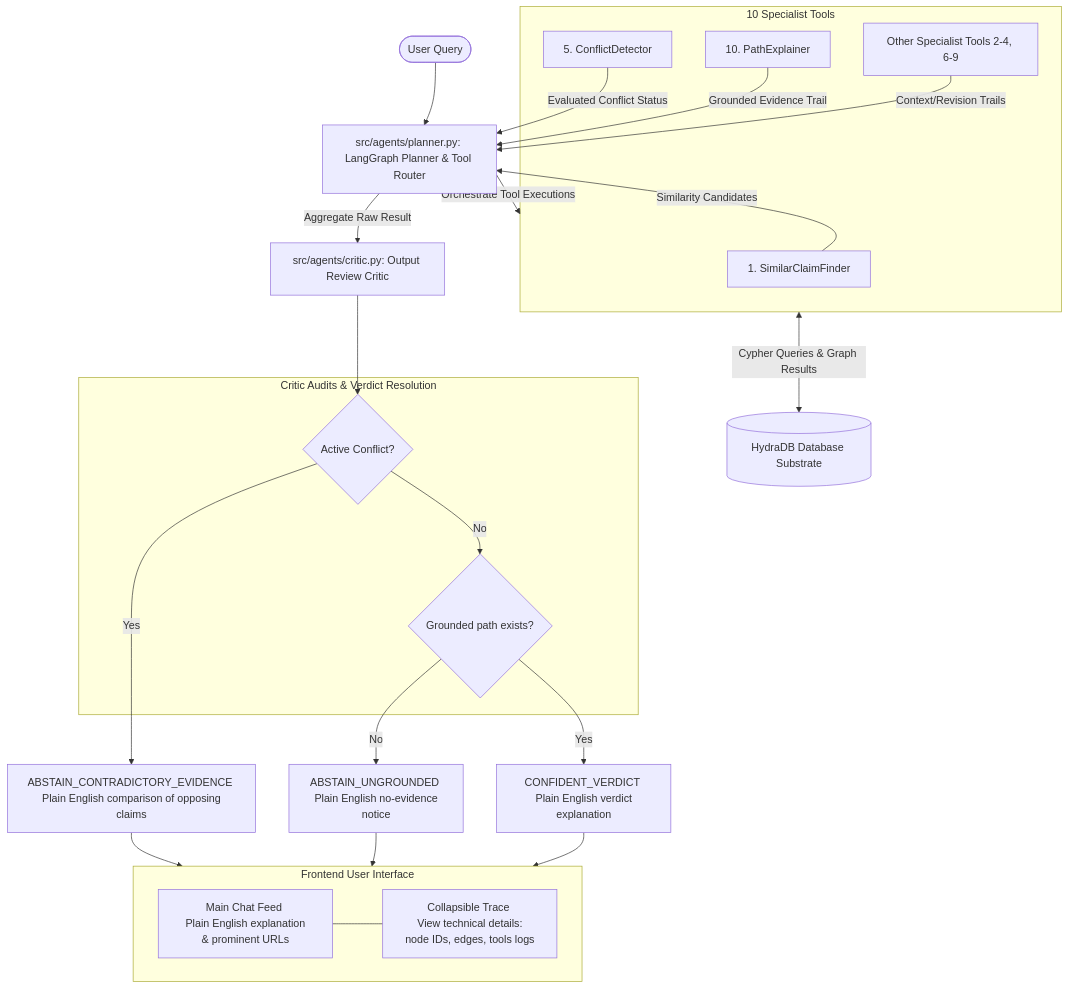
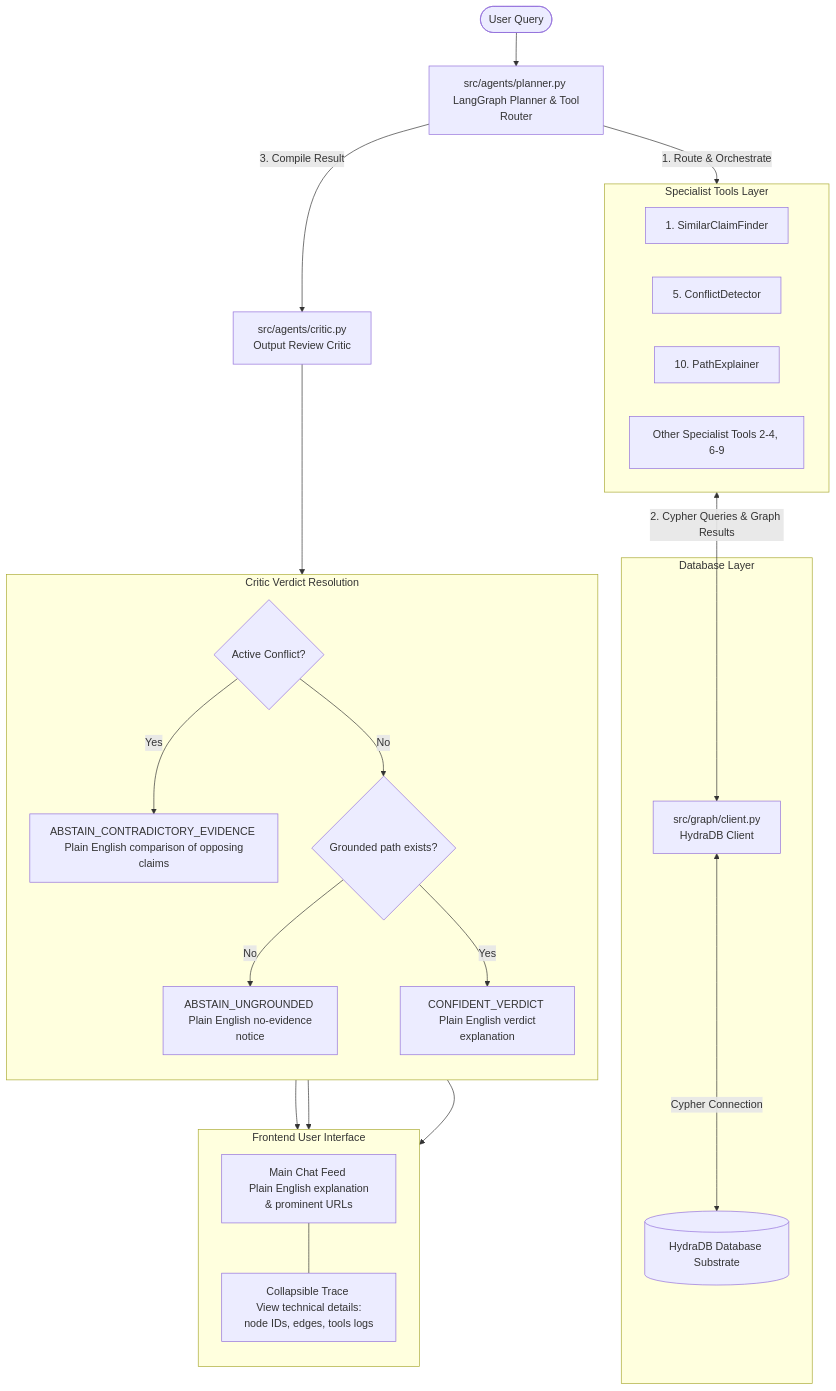
One commit to Ultraviolet01/Framelink changed the diagram in README.md. Above: the diagram before and after it, drawn with Mermaid.

Commit message:
docs: improve layout flow in system architecture diagram

````diff
--- a/README.md
+++ b/README.md
@@ -95,47 +95,52 @@
 ```mermaid
 flowchart TD
-    User([User Query]) --> Planner[src/agents/planner.py: LangGraph Planner & Tool Router]
+    %% Main Flow
+    User([User Query]) --> Planner[src/agents/planner.py <br> LangGraph Planner & Tool Router]
     
-    subgraph Specialists [10 Specialist Tools]
+    %% Planner routes to Specialists
+    subgraph Specialists [Specialist Tools Layer]
+        direction LR
         SCF[1. SimilarClaimFinder]
         CD[5. ConflictDetector]
         PE[10. PathExplainer]
-        OtherTools[Other Specialist Tools 2-4, 6-9]
+        Other[Other Specialist Tools 2-4, 6-9]
     end
-
-    Planner -->|Orchestrate Tool Executions| Specialists
+    Planner -->|1. Route & Orchestrate| Specialists
     
-    %% Bidirectional querying to HydraDB Database
-    Specialists <-->|Cypher Queries & Graph Results| Graph[(HydraDB Database Substrate)]
+    %% Specialists query database
+    subgraph DB [Database Layer]
+        Client[src/graph/client.py <br> HydraDB Client]
+        Substrate[(HydraDB Database Substrate)]
+        Client <-->|Cypher Connection| Substrate
+    end
+    Specialists <-->|2. Cypher Queries & Graph Results| Client
     
-    %% Return structured evaluations back to Planner
-    SCF -->|Similarity Candidates| Planner
-    CD -->|Evaluated Conflict Status| Planner
-    PE -->|Grounded Evidence Trail| Planner
-    OtherTools -->|Context/Revision Trails| Planner
+    %% Results returned to Planner for Critic
+    Planner -->|3. Compile Result| Critic[src/agents/critic.py <br> Output Review Critic]
     
-    Planner -->|Aggregate Raw Result| Critic[src/agents/critic.py: Output Review Critic]
-    
-    subgraph CriticAudits [Critic Audits & Verdict Resolution]
+    %% Critic evaluates and overrides
+    subgraph CriticAudits [Critic Verdict Resolution]
+        direction TB
         ConflictCheck{Active Conflict?}
         GroundingCheck{Grounded path exists?}
+        
+        ConflictCheck -->|Yes| ForcedAbstain[ABSTAIN_CONTRADICTORY_EVIDENCE <br> Plain English comparison of opposing claims]
+        ConflictCheck -->|No| GroundingCheck
+        
+        GroundingCheck -->|No| LowConfidence[ABSTAIN_UNGROUNDED <br> Plain English no-evidence notice]
+        GroundingCheck -->|Yes| ConfidentVerdict[CONFIDENT_VERDICT <br> Plain English verdict explanation]
     end
+    Critic --> CriticAudits
     
-    Critic --> ConflictCheck
-    ConflictCheck -->|Yes| ForcedAbstain[ABSTAIN_CONTRADICTORY_EVIDENCE <br> Plain English comparison of opposing claims]
-    ConflictCheck -->|No| GroundingCheck
-    
-    GroundingCheck -->|No| LowConfidence[ABSTAIN_UNGROUNDED <br> Plain English no-evidence notice]
-    GroundingCheck -->|Yes| ConfidentVerdict[CONFIDENT_VERDICT <br> Plain English verdict explanation]
-    
+    %% Outputs map to UI
     subgraph UI [Frontend User Interface]
+        direction TB
         MainUI[Main Chat Feed <br> Plain English explanation & prominent URLs]
         TechUI[Collapsible Trace <br> View technical details: node IDs, edges, tools logs]
+        MainUI --- TechUI
     end
     
     ForcedAbstain --> UI
     LowConfidence --> UI
     ConfidentVerdict --> UI
-    
-    MainUI --- TechUI
 ```
````
